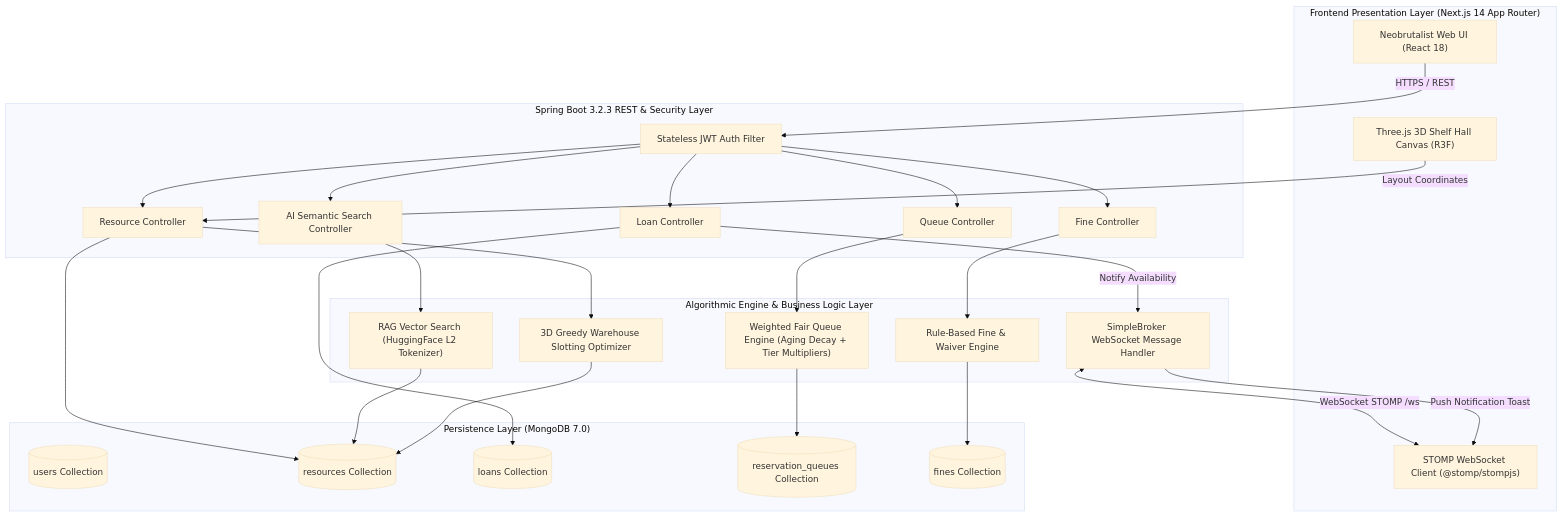
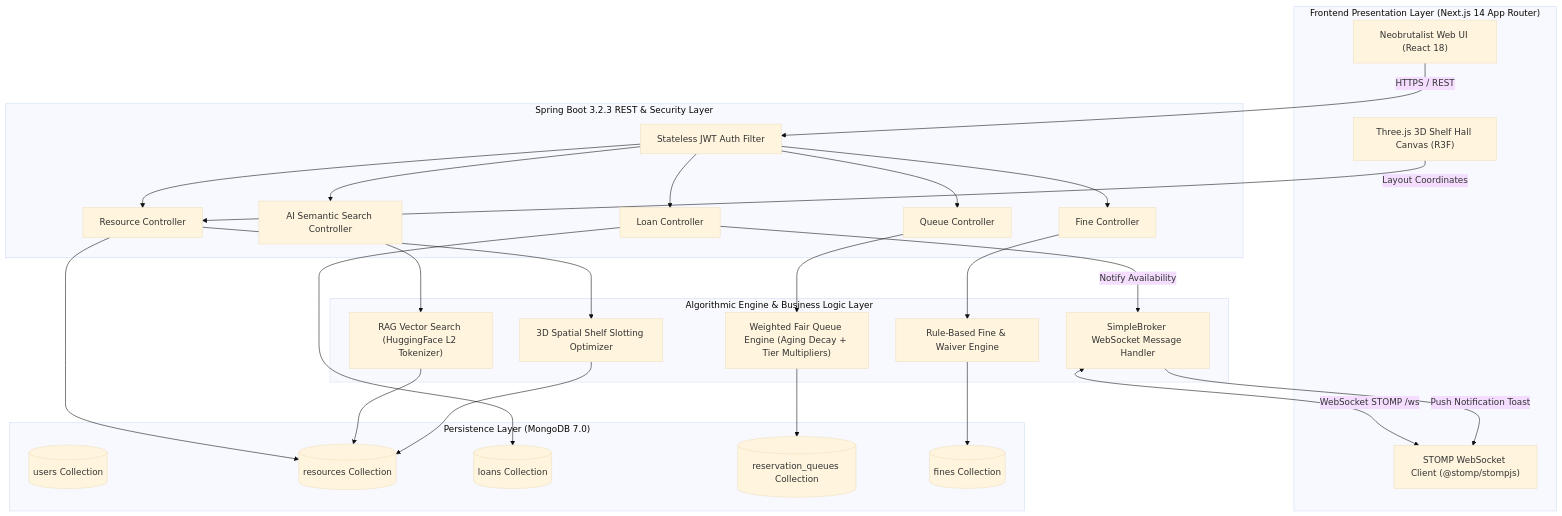
One commit to ankan123basu/LIBRARIX changed the first of 5 diagrams in README.md. Above: the diagram before and after it, drawn with Mermaid (base theme). The commit also changed other lines of this file and 3 other files, not shown here.

````diff
--- a/README.md
+++ b/README.md
@@ -88,58 +89,58 @@
 ```mermaid
 graph TD
     subgraph Client ["Frontend Presentation Layer (Next.js 14 App Router)"]
         UI["Neobrutalist Web UI (React 18)"]
         R3F["Three.js 3D Shelf Hall Canvas (R3F)"]
         WS_CLIENT["STOMP WebSocket Client (@stomp/stompjs)"]
     end
 
     subgraph API ["Spring Boot 3.2.3 REST & Security Layer"]
         AUTH["Stateless JWT Auth Filter"]
         CTRL_RES["Resource Controller"]
         CTRL_LOAN["Loan Controller"]
         CTRL_QUEUE["Queue Controller"]
         CTRL_AI["AI Semantic Search Controller"]
         CTRL_FINE["Fine Controller"]
     end
 
     subgraph Core ["Algorithmic Engine & Business Logic Layer"]
         WFQ["Weighted Fair Queue Engine (Aging Decay + Tier Multipliers)"]
-        SLOT["3D Greedy Warehouse Slotting Optimizer"]
+        SLOT["3D Spatial Shelf Slotting Optimizer"]
         RAG["RAG Vector Search (HuggingFace L2 Tokenizer)"]
         WAIVER["Rule-Based Fine & Waiver Engine"]
         STOMP_BROKER["SimpleBroker WebSocket Message Handler"]
     end
 
     subgraph Database ["Persistence Layer (MongoDB 7.0)"]
         DB_USERS[("users Collection")]
         DB_RES[("resources Collection")]
         DB_LOANS[("loans Collection")]
         DB_QUEUE[("reservation_queues Collection")]
         DB_FINES[("fines Collection")]
     end
 
     UI -->|HTTPS / REST| AUTH
     R3F -->|Layout Coordinates| CTRL_RES
     WS_CLIENT <-->|WebSocket STOMP /ws| STOMP_BROKER
 
     AUTH --> CTRL_RES
     AUTH --> CTRL_LOAN
     AUTH --> CTRL_QUEUE
     AUTH --> CTRL_AI
     AUTH --> CTRL_FINE
 
     CTRL_QUEUE --> WFQ
     CTRL_RES --> SLOT
     CTRL_AI --> RAG
     CTRL_FINE --> WAIVER
 
     CTRL_LOAN -->|Notify Availability| STOMP_BROKER
     STOMP_BROKER -->|Push Notification Toast| WS_CLIENT
 
     WFQ --> DB_QUEUE
     SLOT --> DB_RES
     RAG --> DB_RES
     WAIVER --> DB_FINES
     CTRL_RES --> DB_RES
     CTRL_LOAN --> DB_LOANS
 ```
````
